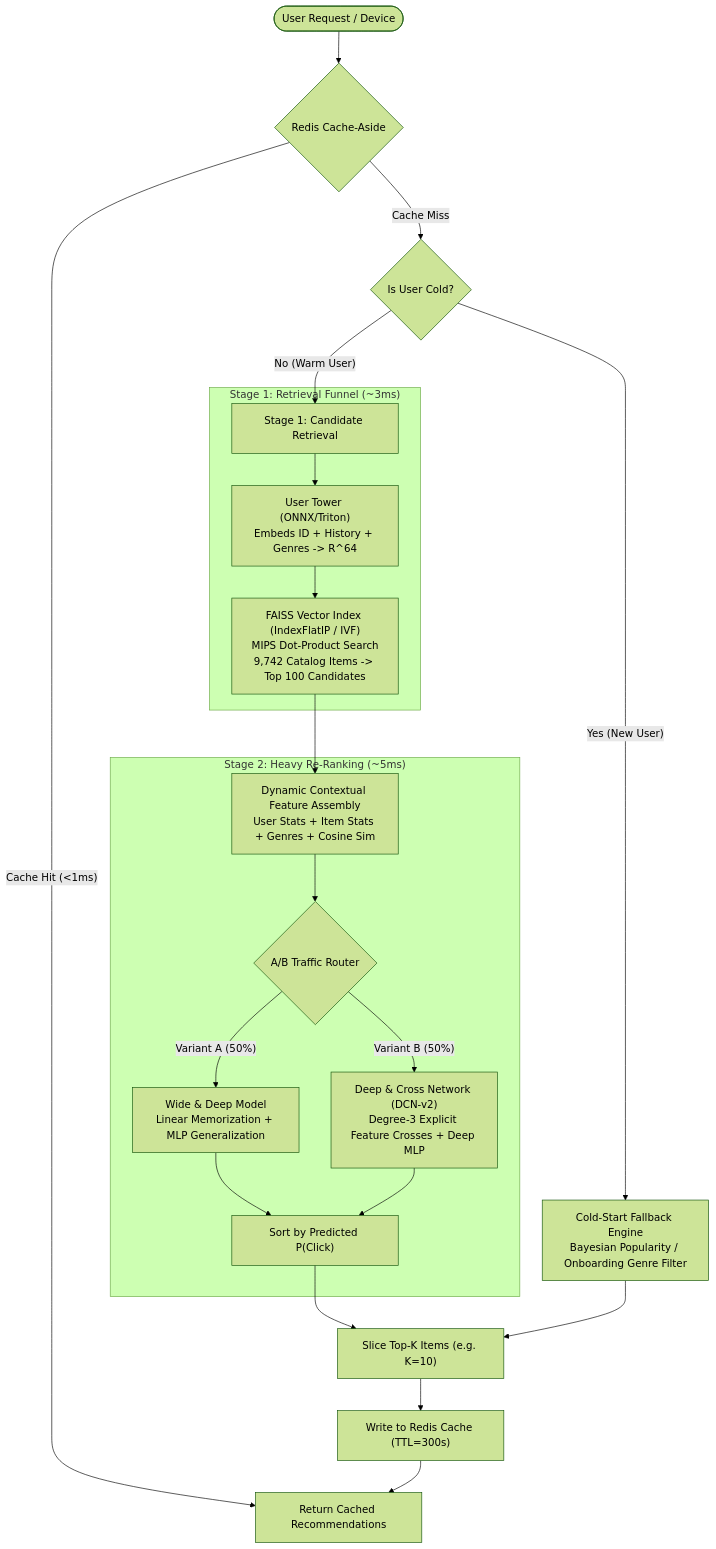
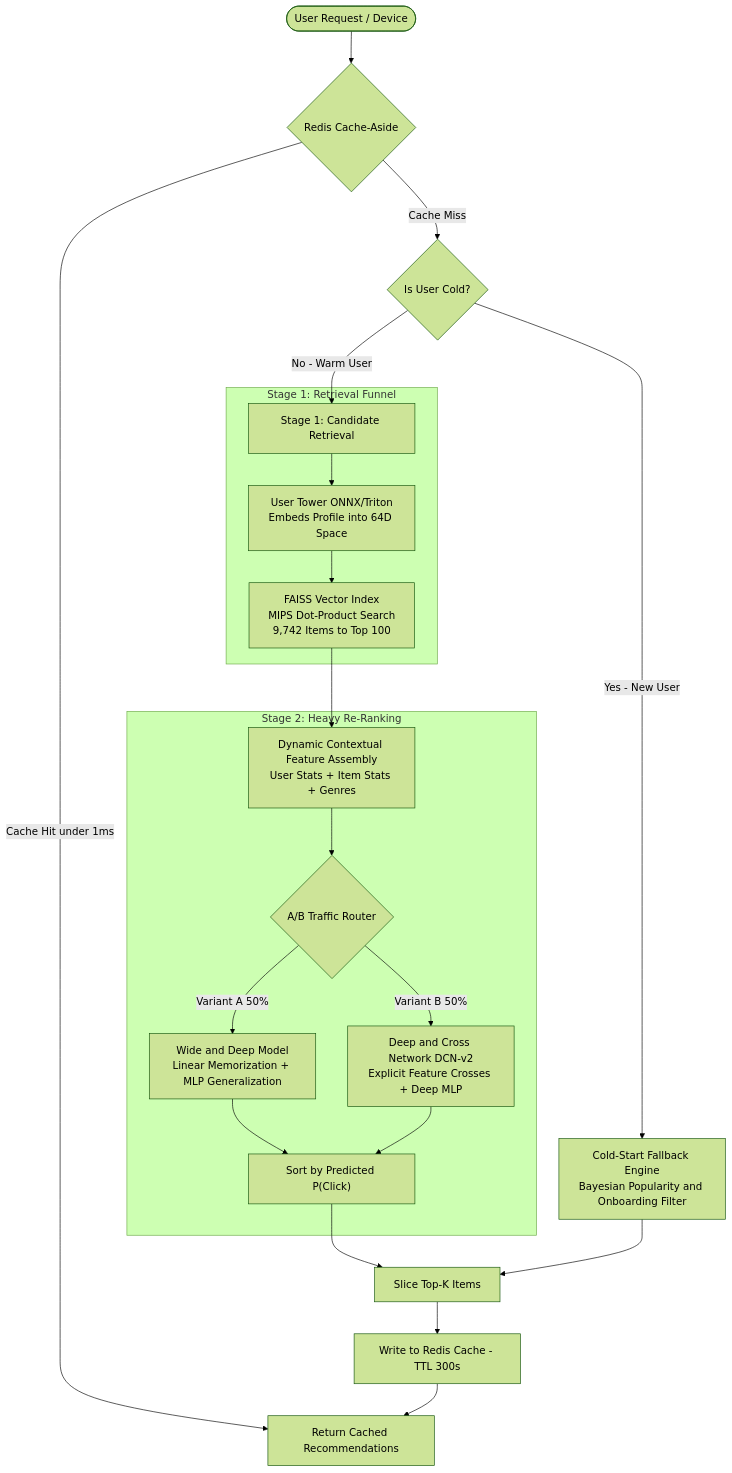
One commit to Sushil-RsP/Large-Scale-Personalized-Recommendation-Engine changed the first of 2 diagrams in docs/ARCHITECTURE.md. Above: the diagram before and after it, drawn with Mermaid (forest theme). The commit also changed 1 other file, not shown here.

Commit message:
fix(docs): fix Mermaid diagram syntax in README and ARCHITECTURE docs

````diff
--- a/docs/ARCHITECTURE.md
+++ b/docs/ARCHITECTURE.md
@@ -9,28 +9,28 @@
 ```mermaid
 flowchart TD
-    User([User Request / Device]) --> Cache{Redis Cache-Aside}
-    Cache -- "Cache Hit (<1ms)" --> Return[Return Cached Recommendations]
-    Cache -- "Cache Miss" --> ColdCheck{Is User Cold?}
+    User(["User Request / Device"]) --> Cache{"Redis Cache-Aside"}
+    Cache -->|"Cache Hit under 1ms"| Return["Return Cached Recommendations"]
+    Cache -->|"Cache Miss"| ColdCheck{"Is User Cold?"}
 
-    ColdCheck -- "Yes (New User)" --> Fallback[Cold-Start Fallback Engine\nBayesian Popularity / Onboarding Genre Filter]
-    ColdCheck -- "No (Warm User)" --> Stage1[Stage 1: Candidate Retrieval]
+    ColdCheck -->|"Yes - New User"| Fallback["Cold-Start Fallback Engine<br/>Bayesian Popularity and Onboarding Filter"]
+    ColdCheck -->|"No - Warm User"| Stage1["Stage 1: Candidate Retrieval"]
 
-    subgraph "Stage 1: Retrieval Funnel (~3ms)"
-        Stage1 --> UserTower["User Tower (ONNX/Triton)\nEmbeds ID + History + Genres -> R^64"]
-        UserTower --> FAISS["FAISS Vector Index (IndexFlatIP / IVF)\nMIPS Dot-Product Search\n9,742 Catalog Items -> Top 100 Candidates"]
+    subgraph SubgraphStage1 ["Stage 1: Retrieval Funnel"]
+        Stage1 --> UserTower["User Tower ONNX/Triton<br/>Embeds Profile into 64D Space"]
+        UserTower --> FAISS["FAISS Vector Index<br/>MIPS Dot-Product Search<br/>9,742 Items to Top 100"]
     end
 
-    subgraph "Stage 2: Heavy Re-Ranking (~5ms)"
-        FAISS --> FeatureJoin["Dynamic Contextual Feature Assembly\nUser Stats + Item Stats + Genres + Cosine Sim"]
-        FeatureJoin --> Router{A/B Traffic Router}
-        Router -- "Variant A (50%)" --> WideDeep["Wide & Deep Model\nLinear Memorization + MLP Generalization"]
-        Router -- "Variant B (50%)" --> DCN["Deep & Cross Network (DCN-v2)\nDegree-3 Explicit Feature Crosses + Deep MLP"]
+    subgraph SubgraphStage2 ["Stage 2: Heavy Re-Ranking"]
+        FAISS --> FeatureJoin["Dynamic Contextual Feature Assembly<br/>User Stats + Item Stats + Genres"]
+        FeatureJoin --> Router{"A/B Traffic Router"}
+        Router -->|"Variant A 50%"| WideDeep["Wide and Deep Model<br/>Linear Memorization + MLP Generalization"]
+        Router -->|"Variant B 50%"| DCN["Deep and Cross Network DCN-v2<br/>Explicit Feature Crosses + Deep MLP"]
         WideDeep --> ReRank["Sort by Predicted P(Click)"]
         DCN --> ReRank
     end
 
-    ReRank --> OutputTopK["Slice Top-K Items (e.g. K=10)"]
+    ReRank --> OutputTopK["Slice Top-K Items"]
     Fallback --> OutputTopK
-    OutputTopK --> WriteCache["Write to Redis Cache (TTL=300s)"]
+    OutputTopK --> WriteCache["Write to Redis Cache - TTL 300s"]
     WriteCache --> Return
 ```
````
